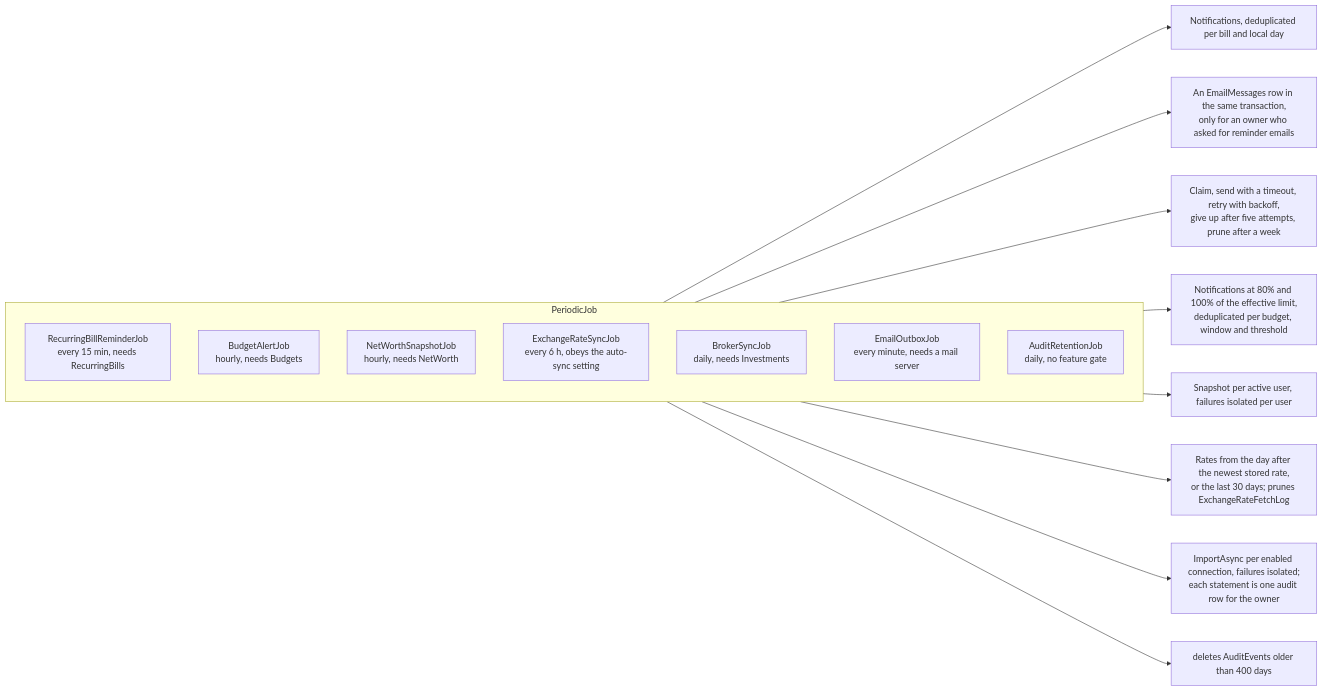
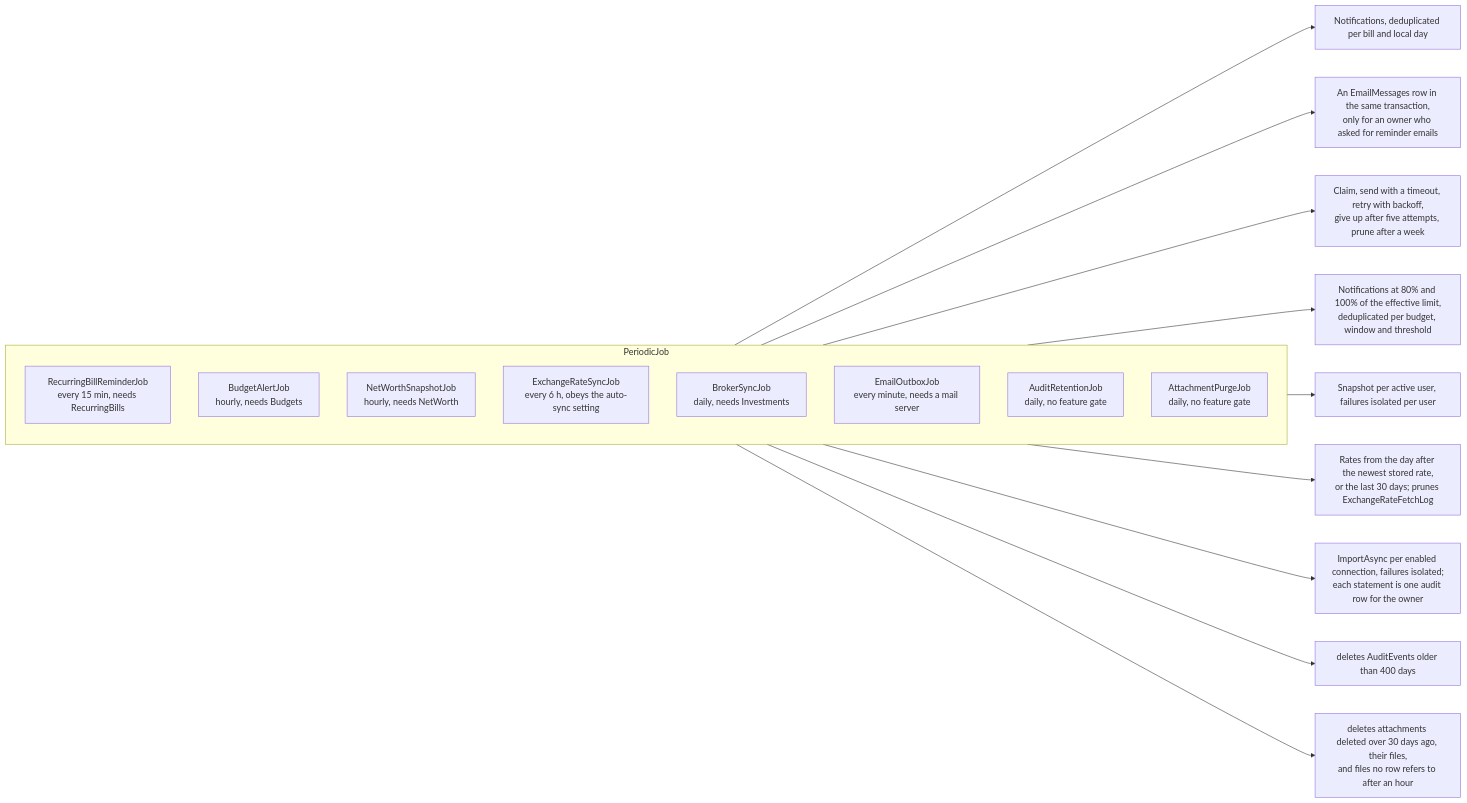
The first of 2 diagrams in docs/features/23. Background jobs.md (Justxs/Jx-Finance), drawn with Mermaid before and after one commit. The commit also changed other lines of this file and 133 other files, not shown here.

````diff
--- a/docs/features/23. Background jobs.md
+++ b/docs/features/23. Background jobs.md
@@ -7,21 +7,23 @@
 ```mermaid
 flowchart LR
     subgraph PeriodicJob
         direction TB
         R["RecurringBillReminderJob<br/>every 15 min, needs RecurringBills"]
         A["BudgetAlertJob<br/>hourly, needs Budgets"]
         N["NetWorthSnapshotJob<br/>hourly, needs NetWorth"]
         E["ExchangeRateSyncJob<br/>every 6 h, obeys the auto-sync setting"]
         B["BrokerSyncJob<br/>daily, needs Investments"]
         M["EmailOutboxJob<br/>every minute, needs a mail server"]
         L["AuditRetentionJob<br/>daily, no feature gate"]
+        P["AttachmentPurgeJob<br/>daily, no feature gate"]
     end
     R --> Notif["Notifications, deduplicated per bill and local day"]
     R --> Mail["An EmailMessages row in the same transaction,<br/>only for an owner who asked for reminder emails"]
     M --> Send["Claim, send with a timeout, retry with backoff,<br/>give up after five attempts, prune after a week"]
     A --> Alert["Notifications at 80% and 100% of the effective limit,<br/>deduplicated per budget, window and threshold"]
     N --> Snap["Snapshot per active user, failures isolated per user"]
     E --> Rates["Rates from the day after the newest stored rate,<br/>or the last 30 days; prunes ExchangeRateFetchLog"]
     B --> Imp["ImportAsync per enabled connection, failures isolated;<br/>each statement is one audit row for the owner"]
     L --> Prune["deletes AuditEvents older than 400 days"]
+    P --> Purge["deletes attachments deleted over 30 days ago, their files,<br/>and files no row refers to after an hour"]
 ```
````
